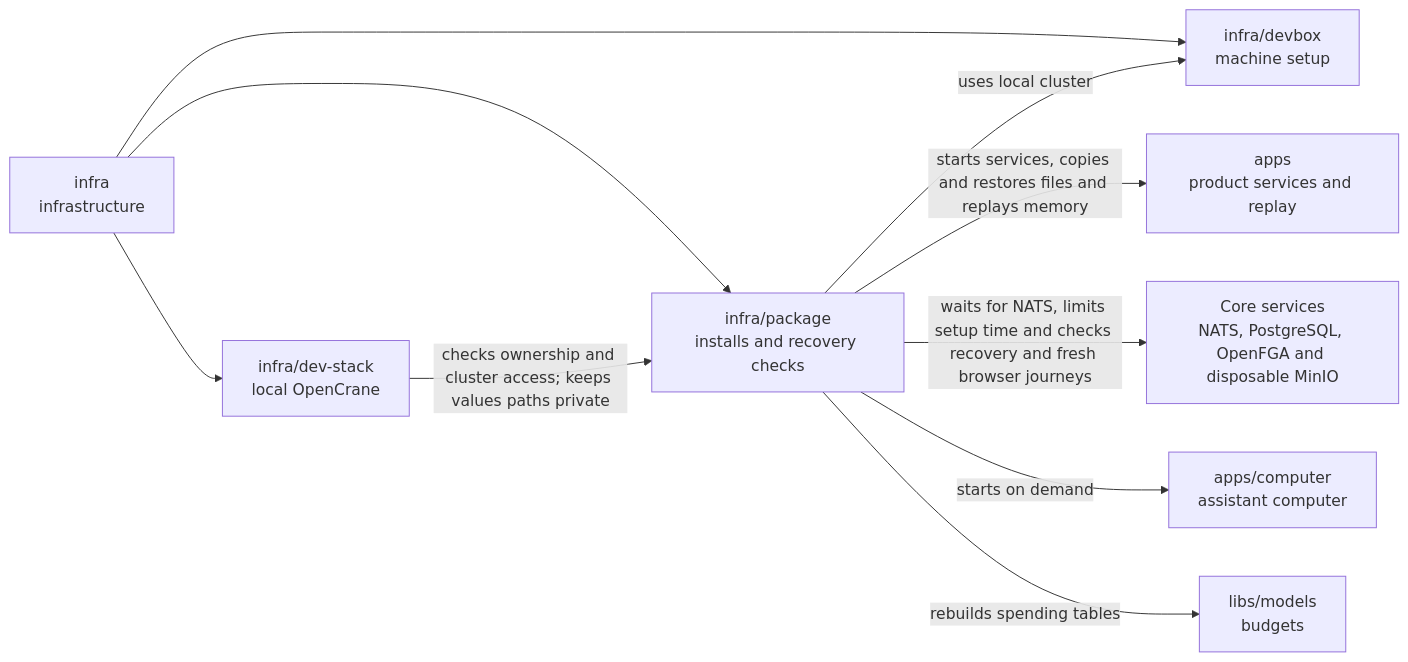
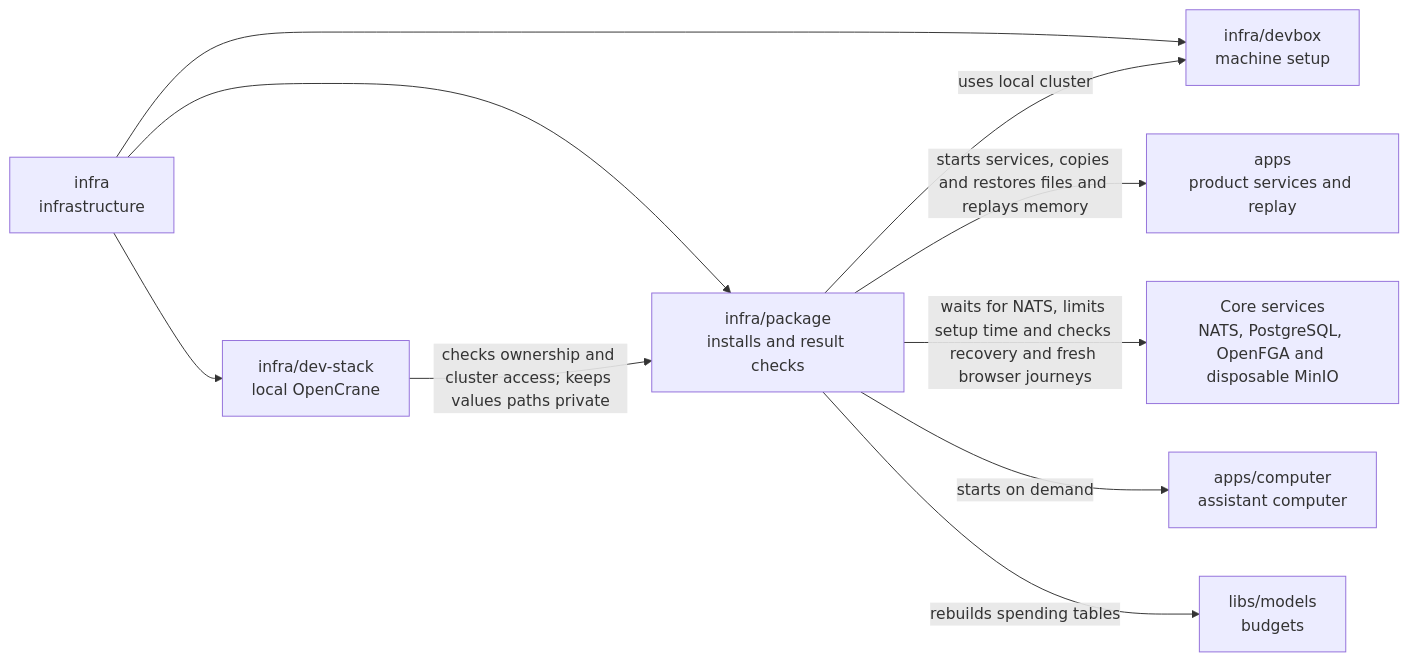
Before and after one commit to elewa-git/opencrane-new: the diagram in infra/package/README.md, drawn with Mermaid. The commit also changed other lines of this file and 8 other files, not shown here.

````diff
--- a/infra/package/README.md
+++ b/infra/package/README.md
@@ -19,12 +19,12 @@
 ```mermaid
 flowchart LR
-  infra["infra<br/>infrastructure"] --> package["infra/package<br/>installs and recovery checks"]
+  infra["infra<br/>infrastructure"] --> package["infra/package<br/>installs and result checks"]
   infra --> stack["infra/dev-stack<br/>local OpenCrane"]
   infra --> devbox["infra/devbox<br/>machine setup"]
   stack -->|checks ownership and cluster access; keeps values paths private| package
   package -->|uses local cluster| devbox
   package -->|starts services, copies and restores files and replays memory| apps["apps<br/>product services and replay"]
   package -->|waits for NATS, limits setup time and checks recovery and fresh browser journeys| services["Core services<br/>NATS, PostgreSQL, OpenFGA and disposable MinIO"]
   package -->|starts on demand| computer["apps/computer<br/>assistant computer"]
   package -->|rebuilds spending tables| models["libs/models<br/>budgets"]
 ```
````
